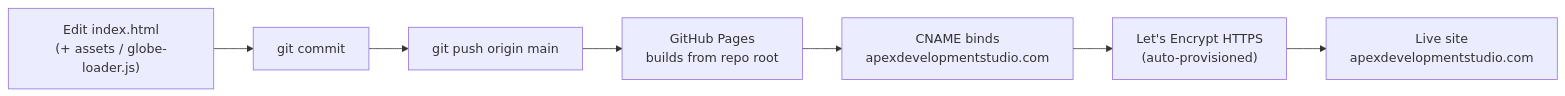
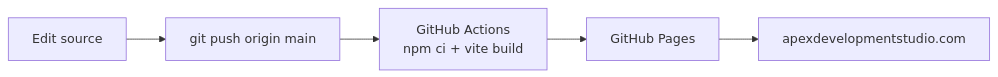
The diagram in README.md (joemcmullin/ApexDevelopmentStudio), drawn with Mermaid before and after one commit. The commit also changed other lines of this file, not shown here.

Commit message:
docs: rewrite README for the Signal site

````diff
--- a/README.md
+++ b/README.md
@@ -14,9 +15,7 @@
 ```mermaid
 flowchart LR
-    A["Edit index.html<br/>(+ assets / globe-loader.js)"] --> B["git commit"]
-    B --> C["git push origin main"]
-    C --> D["GitHub Pages<br/>builds from repo root"]
-    D --> E["CNAME binds<br/>apexdevelopmentstudio.com"]
-    E --> F["Let's Encrypt HTTPS<br/>(auto-provisioned)"]
-    F --> G["Live site<br/>apexdevelopmentstudio.com"]
+    A["Edit source"] --> B["git push origin main"]
+    B --> C["GitHub Actions<br/>npm ci + vite build"]
+    C --> D["GitHub Pages"]
+    D --> E["apexdevelopmentstudio.com"]
 ```
````
